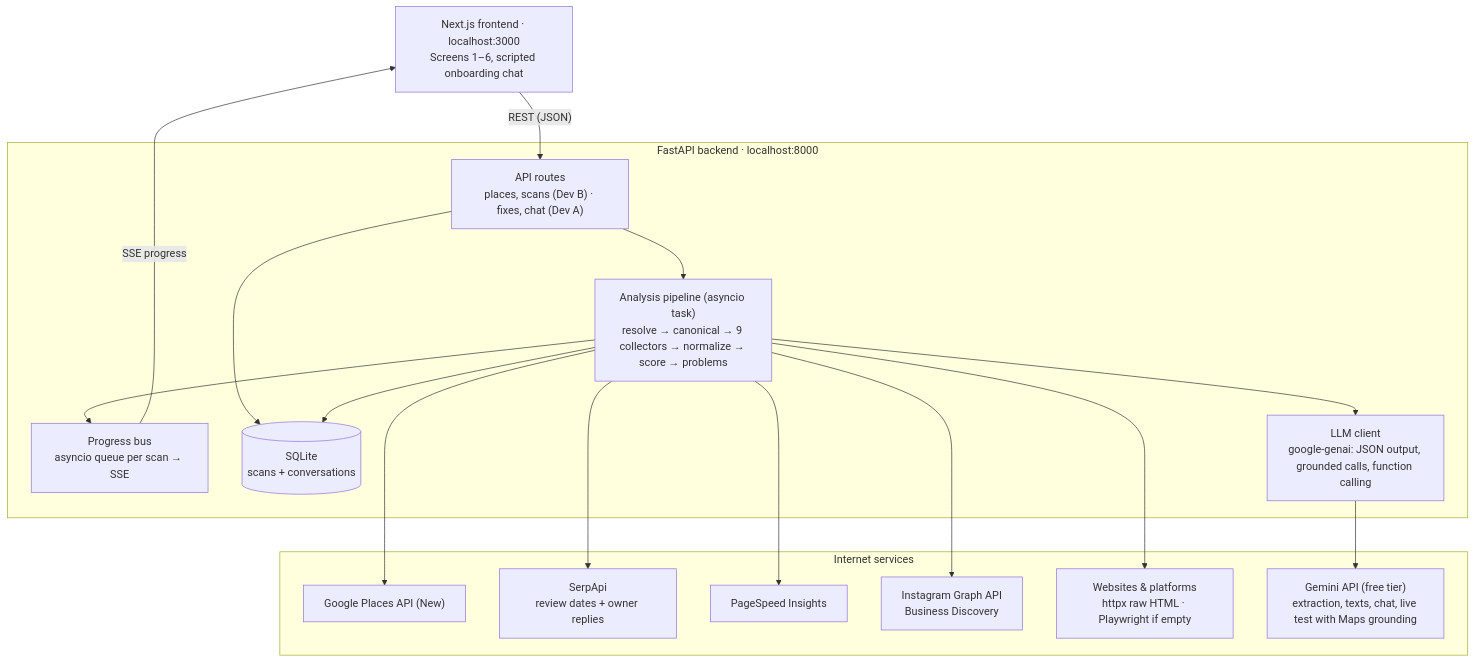
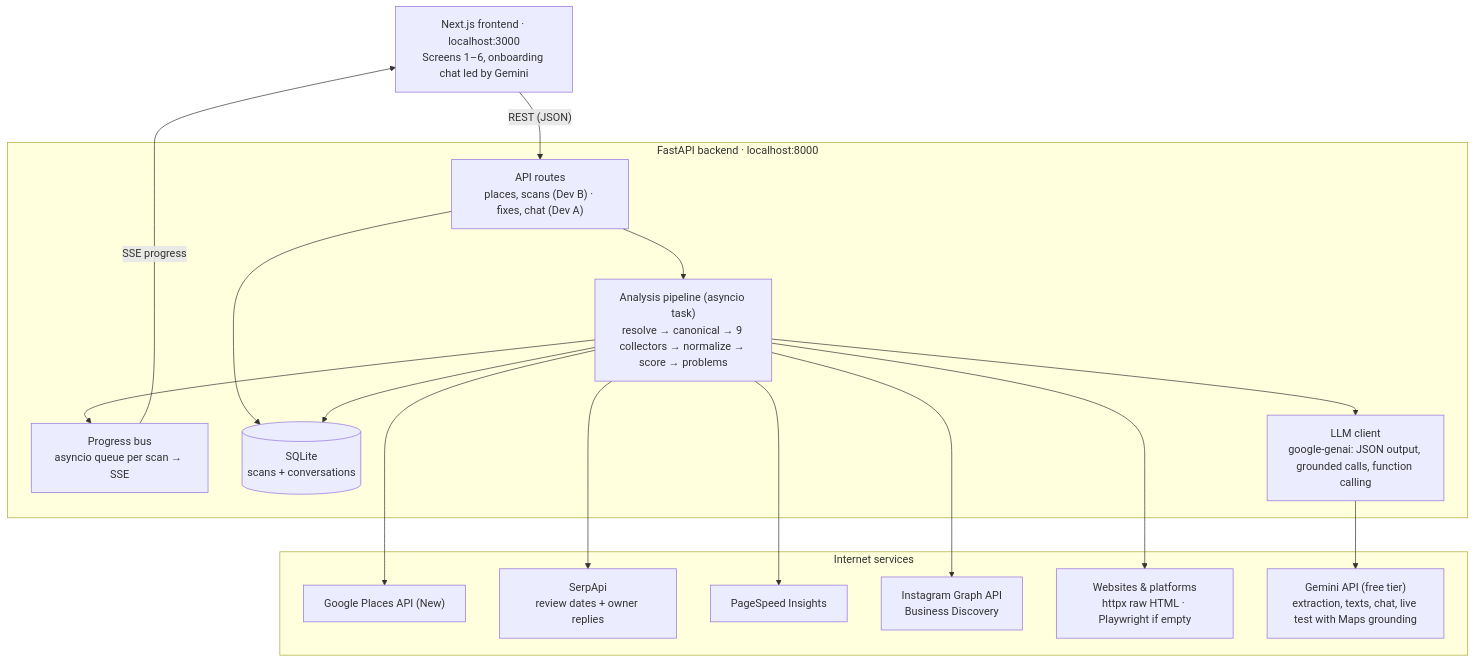
The diagram in docs/architecture.md (David3761/Spotlight), drawn with Mermaid before and after one commit. The commit also changed other lines of this file and 11 other files, not shown here.

First line of the commit message:
Rebuild the onboarding as a chat Gemini leads

````diff
--- a/docs/architecture.md
+++ b/docs/architecture.md
@@ -42,32 +42,32 @@
 ```mermaid
 flowchart TB
-    FE["Next.js frontend · localhost:3000<br/>Screens 1–6, scripted onboarding chat"]
+    FE["Next.js frontend · localhost:3000<br/>Screens 1–6, onboarding chat led by Gemini"]
     subgraph BE["FastAPI backend · localhost:8000"]
         API["API routes<br/>places, scans (Dev B) · fixes, chat (Dev A)"]
         BUS["Progress bus<br/>asyncio queue per scan → SSE"]
         DB[("SQLite<br/>scans + conversations")]
         PIPE["Analysis pipeline (asyncio task)<br/>resolve → canonical → 9 collectors → normalize → score → problems"]
         LLM["LLM client<br/>google-genai: JSON output, grounded calls, function calling"]
     end
     subgraph NET["Internet services"]
         PLACES["Google Places API (New)"]
         SERP["SerpApi<br/>review dates + owner replies"]
         PSI["PageSpeed Insights"]
         META["Instagram Graph API<br/>Business Discovery"]
         WEB["Websites & platforms<br/>httpx raw HTML · Playwright if empty"]
         GEM["Gemini API (free tier)<br/>extraction, texts, chat, live test with Maps grounding"]
     end
     FE -- "REST (JSON)" --> API
     BUS -- "SSE progress" --> FE
     API --> PIPE
     API --> DB
     PIPE --> BUS
     PIPE --> DB
     PIPE --> LLM
     PIPE --> PLACES
     PIPE --> SERP
     PIPE --> PSI
     PIPE --> META
     PIPE --> WEB
     LLM --> GEM
 ```
````
